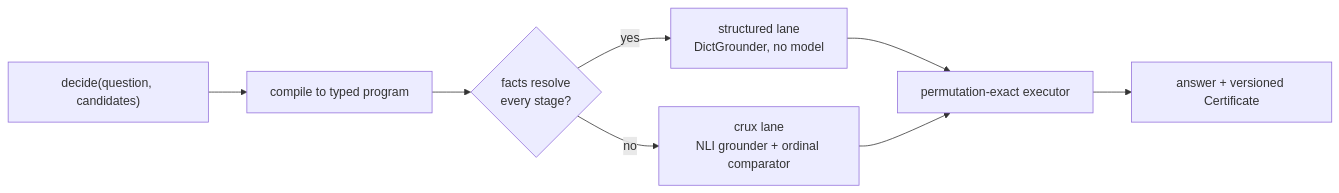
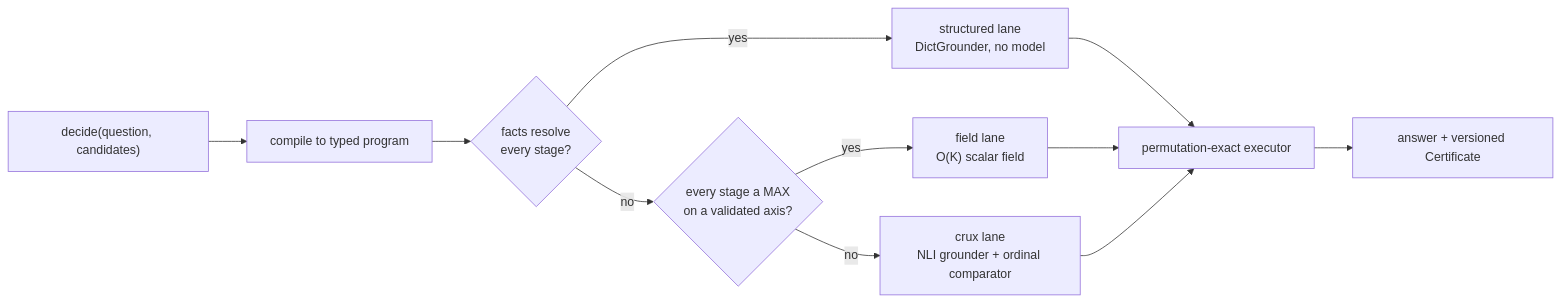
Before and after one commit to fazin-ahamed/vey: the second of 2 diagrams in docs/ARCHITECTURE.md, drawn with Mermaid. The commit also changed other lines of this file and 5 other files, not shown here.

First line of the commit message:
runtime: route validated ordinal axes to an O(K) semantic field

````diff
--- a/docs/ARCHITECTURE.md
+++ b/docs/ARCHITECTURE.md
@@ -116,10 +119,13 @@
 ```mermaid
 flowchart LR
     Q["decide(question, candidates)"] --> C["compile to typed program"]
     C --> R{"facts resolve<br/>every stage?"}
     R -->|yes| S["structured lane<br/>DictGrounder, no model"]
-    R -->|no| X["crux lane<br/>NLI grounder + ordinal comparator"]
+    R -->|no| F{"every stage a MAX<br/>on a validated axis?"}
+    F -->|yes| D["field lane<br/>O(K) scalar field"]
+    F -->|no| X["crux lane<br/>NLI grounder + ordinal comparator"]
     S --> E["permutation-exact executor"]
+    D --> E
     X --> E
     E --> RES["answer + versioned Certificate"]
 ```
````
